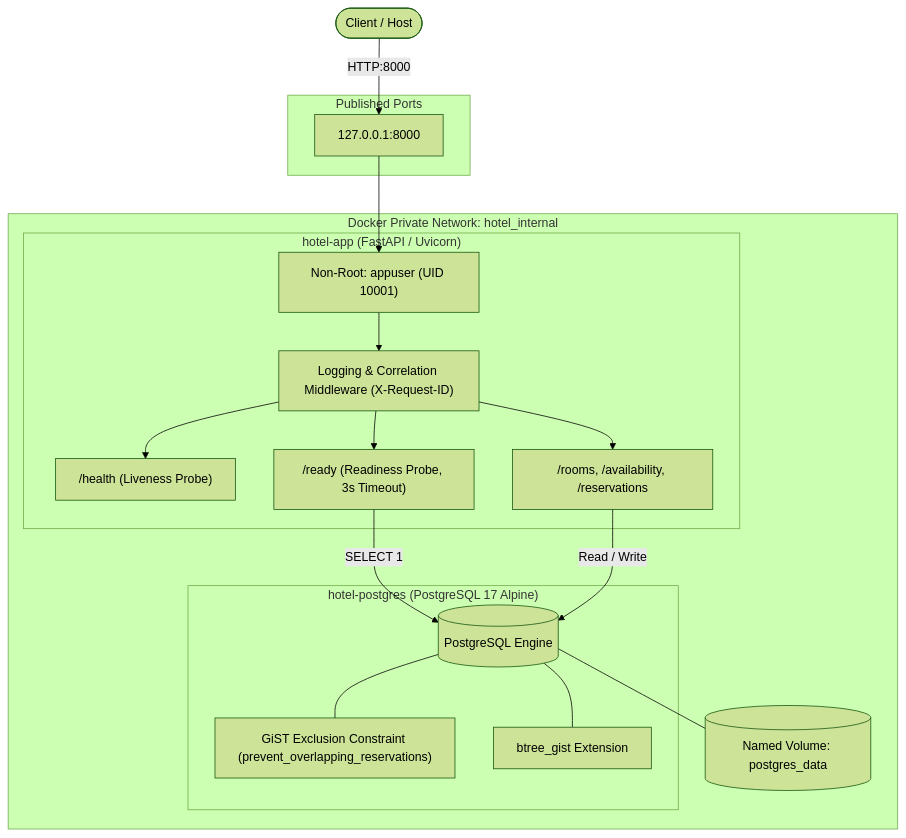
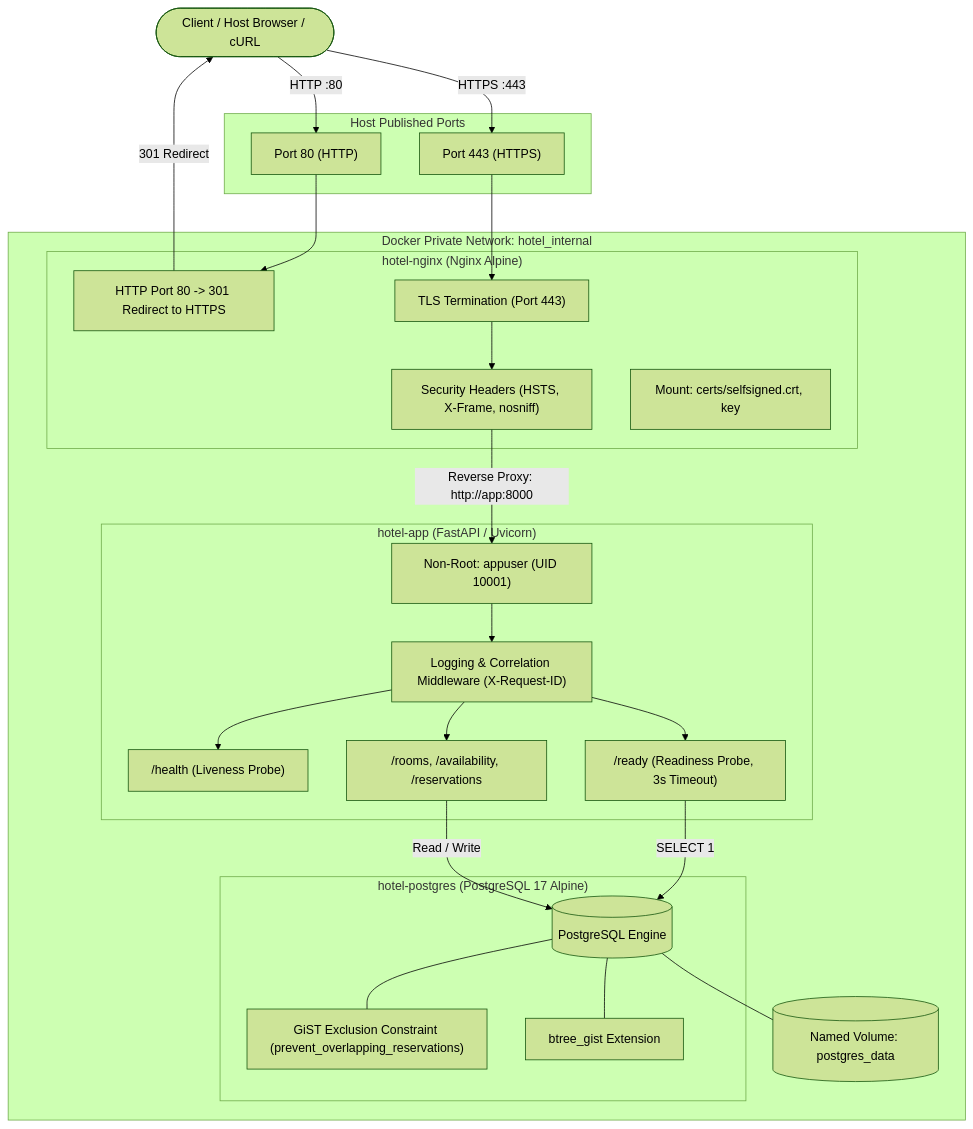
The first of 2 diagrams in README.md (drax102/Devops_Hotel_assignment), drawn with Mermaid (forest theme) before and after one commit. The commit also changed other lines of this file and 9 other files, not shown here.

Commit message:
feat(nginx): configure TLS termination, HTTP 301 redirect, and reverse proxy

````diff
--- a/README.md
+++ b/README.md
@@ -15,38 +15,51 @@
 ```mermaid
 flowchart TD
-    Client(["Client / Host"])
-    
-    subgraph HostPorts ["Published Ports"]
-        P8000["127.0.0.1:8000"]
+    Client(["Client / Host Browser / cURL"])
+
+    subgraph HostPorts ["Host Published Ports"]
+        P80["Port 80 (HTTP)"]
+        P443["Port 443 (HTTPS)"]
     end
 
     subgraph DockerBridge ["Docker Private Network: hotel_internal"]
+        subgraph NginxProxy ["hotel-nginx (Nginx Alpine)"]
+            Redirect["HTTP Port 80 -> 301 Redirect to HTTPS"]
+            TLS["TLS Termination (Port 443)"]
+            SecHeaders["Security Headers (HSTS, X-Frame, nosniff)"]
+            CertMount["Mount: certs/selfsigned.crt, key"]
+        end
+
         subgraph AppContainer ["hotel-app (FastAPI / Uvicorn)"]
             AppUser["Non-Root: appuser (UID 10001)"]
             Middle["Logging & Correlation Middleware (X-Request-ID)"]
             Liveness["/health (Liveness Probe)"]
             Readiness["/ready (Readiness Probe, 3s Timeout)"]
             Routes["/rooms, /availability, /reservations"]
         end
 
         subgraph DBContainer ["hotel-postgres (PostgreSQL 17 Alpine)"]
             PGCore[("PostgreSQL Engine")]
             Constraint["GiST Exclusion Constraint (prevent_overlapping_reservations)"]
             Extension["btree_gist Extension"]
         end
 
         Vol[("Named Volume: postgres_data")]
     end
 
-    Client -->|HTTP:8000| P8000
-    P8000 --> AppUser
+    Client -->|HTTP :80| P80
+    Client -->|HTTPS :443| P443
+    P80 --> Redirect
+    Redirect -->|301 Redirect| Client
+    P443 --> TLS
+    TLS --> SecHeaders
+    SecHeaders -->|Reverse Proxy: http://app:8000| AppUser
     AppUser --> Middle
     Middle --> Routes
     Middle --> Liveness
     Middle --> Readiness
     Readiness -->|SELECT 1| PGCore
     Routes -->|Read / Write| PGCore
     PGCore --- Constraint
     PGCore --- Extension
     PGCore --- Vol
 ```
````
